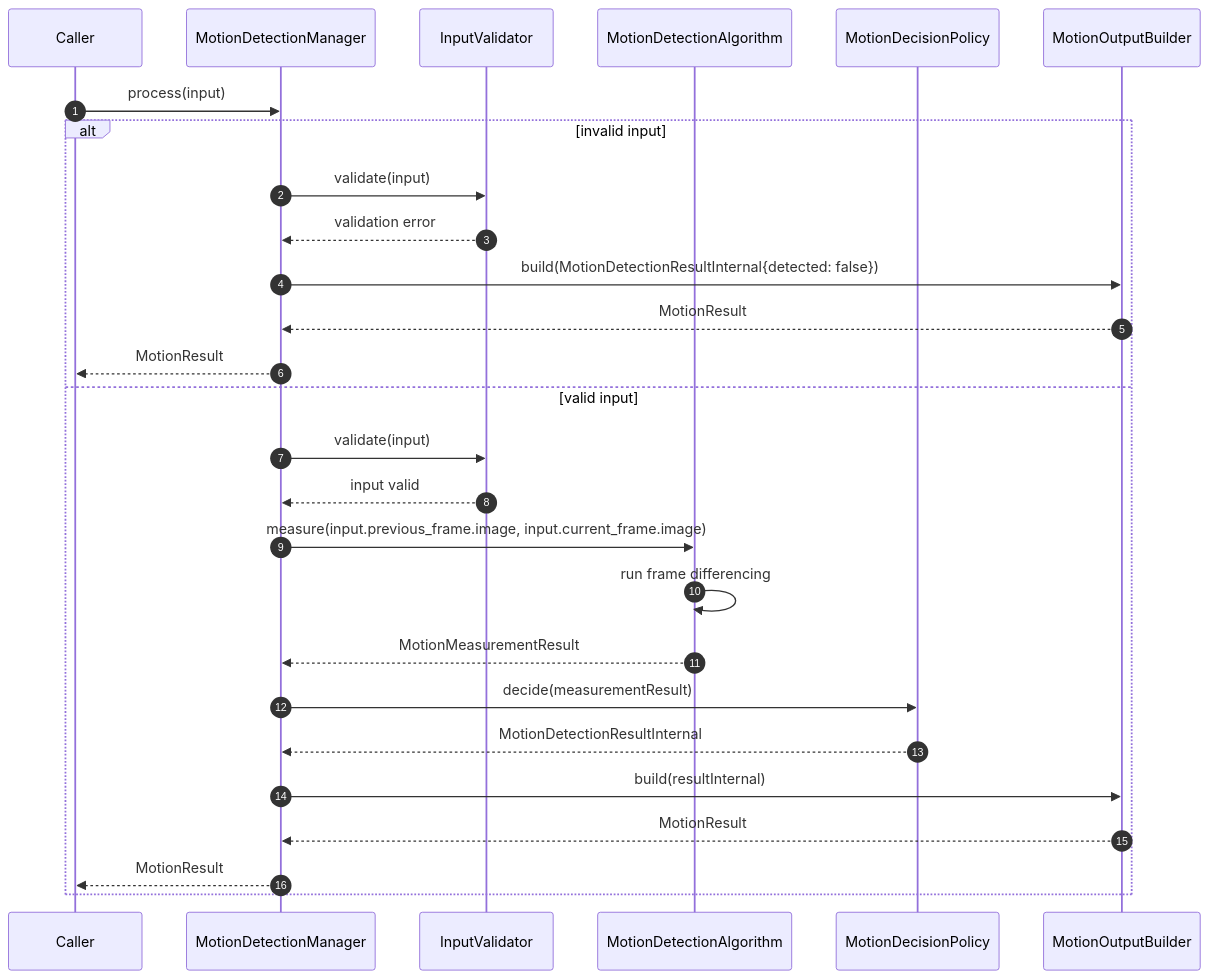
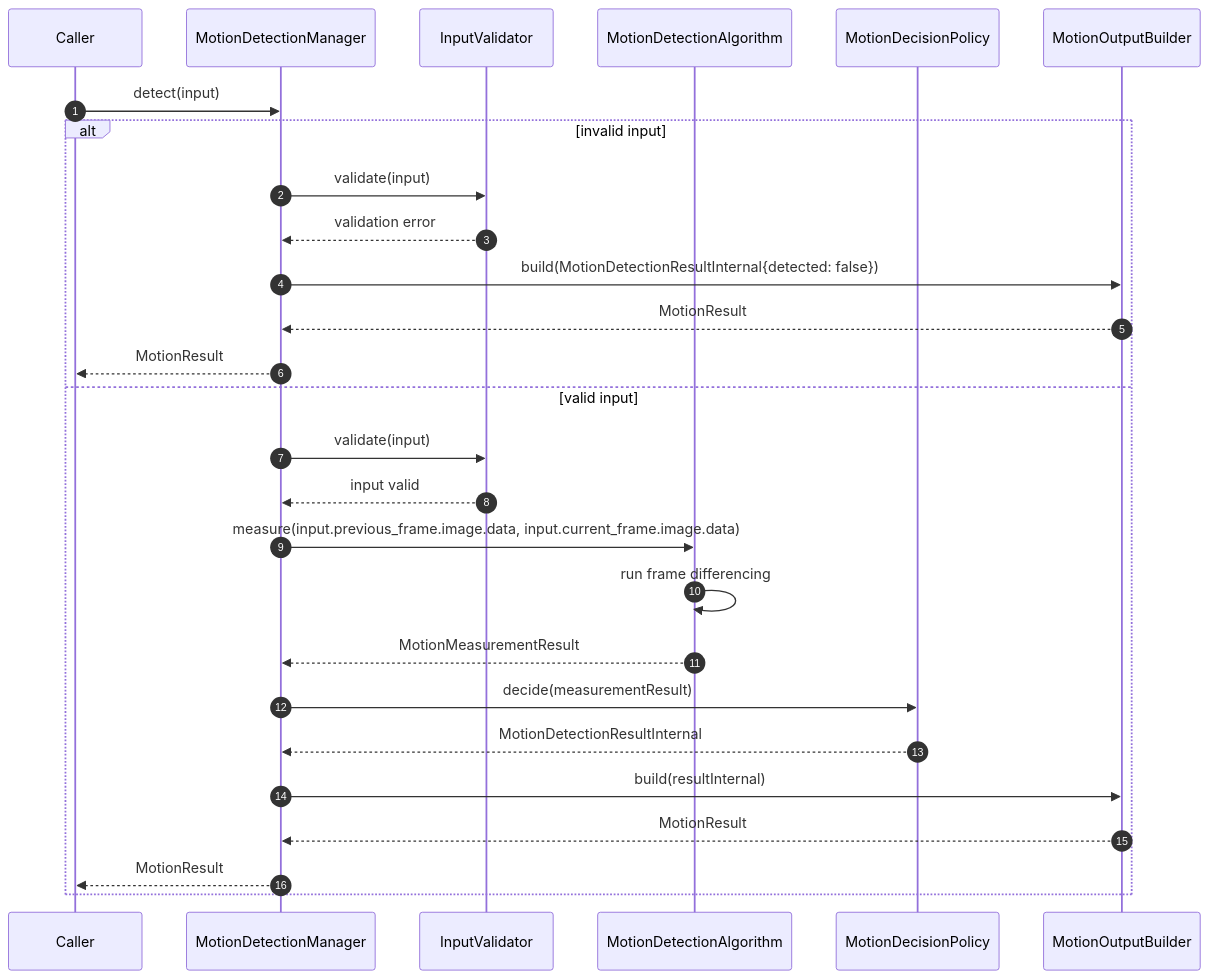
One commit to talifruman/camera-recognition changed the second of 3 diagrams in doc/image_processing_service/motion_detection.md. Above: the diagram before and after it, drawn with Mermaid. The commit also changed other lines of this file and 203 other files, not shown here.

````diff
--- a/doc/image_processing_service/motion_detection.md
+++ b/doc/image_processing_service/motion_detection.md
@@ -474,31 +502,31 @@
 ```mermaid
 sequenceDiagram
     autonumber
     participant Caller
     participant Manager as MotionDetectionManager
     participant Validator as InputValidator
     participant Alg as MotionDetectionAlgorithm
     participant Policy as MotionDecisionPolicy
     participant Builder as MotionOutputBuilder
 
-    Caller->>Manager: process(input)
+    Caller->>Manager: detect(input)
 
     alt invalid input
         Manager->>Validator: validate(input)
         Validator-->>Manager: validation error
         Manager->>Builder: build(MotionDetectionResultInternal{detected: false})
         Builder-->>Manager: MotionResult
         Manager-->>Caller: MotionResult
     else valid input
         Manager->>Validator: validate(input)
         Validator-->>Manager: input valid
-        Manager->>Alg: measure(input.previous_frame.image, input.current_frame.image)
+        Manager->>Alg: measure(input.previous_frame.image.data, input.current_frame.image.data)
         Alg->>Alg: run frame differencing
         Alg-->>Manager: MotionMeasurementResult
         Manager->>Policy: decide(measurementResult)
         Policy-->>Manager: MotionDetectionResultInternal
         Manager->>Builder: build(resultInternal)
         Builder-->>Manager: MotionResult
         Manager-->>Caller: MotionResult
     end
 ```
````
